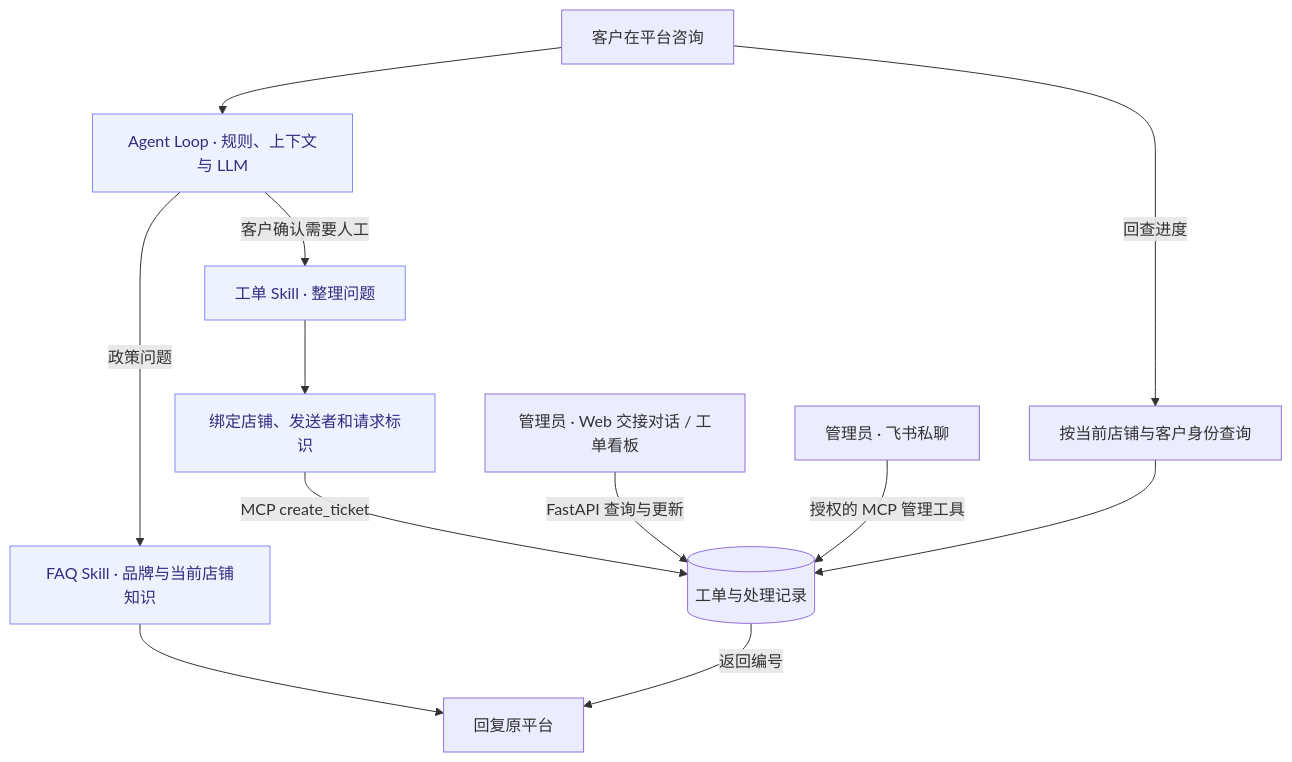
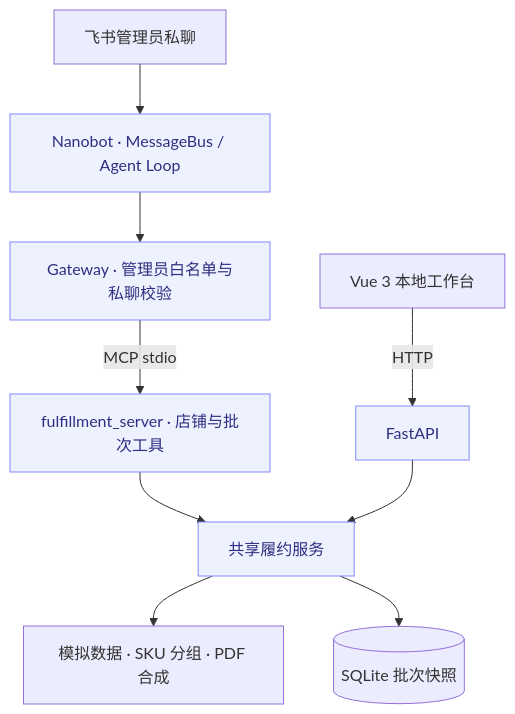
One commit to tommie-04/EchoBridge changed the second of 2 diagrams in README.md. Above: the diagram before and after it, drawn with Mermaid. The commit also changed other lines of this file, not shown here.

````diff
--- a/README.md
+++ b/README.md
@@ -64,16 +37,13 @@
 ```mermaid
 flowchart TD
-    C["客户在平台咨询"] --> A["Agent Loop · 规则、上下文与 LLM"]
-    A -->|政策问题| FAQ["FAQ Skill · 品牌与当前店铺知识"]
-    FAQ --> R["回复原平台"]
-    A -->|客户确认需要人工| SK["工单 Skill · 整理问题"]
-    SK --> G["绑定店铺、发送者和请求标识"]
-    G -->|MCP create_ticket| D[("工单与处理记录")]
-    D -->|返回编号| R
-    W["管理员 · Web 交接对话 / 工单看板"] -->|FastAPI 查询与更新| D
-    F["管理员 · 飞书私聊"] -->|授权的 MCP 管理工具| D
-    C -->|回查进度| Q["按当前店铺与客户身份查询"]
-    Q --> D
-    classDef agent fill:#eef2ff,stroke:#818cf8,color:#312e81
-    class A,FAQ,SK,G agent
+    F["飞书管理员私聊"] --> N["Nanobot · MessageBus / Agent Loop"]
+    N --> G["Gateway · 管理员白名单与私聊校验"]
+    G -->|MCP stdio| M["fulfillment_server · 店铺与批次工具"]
+    W["Vue 3 本地工作台"] -->|HTTP| A["FastAPI"]
+    M --> S["共享履约服务"]
+    A --> S
+    S --> P["模拟数据 · SKU 分组 · PDF 合成"]
+    S --> D[("SQLite 批次快照")]
+    classDef core fill:#eef2ff,stroke:#818cf8,color:#312e81
+    class N,G,M,A,S core
 ```
````
